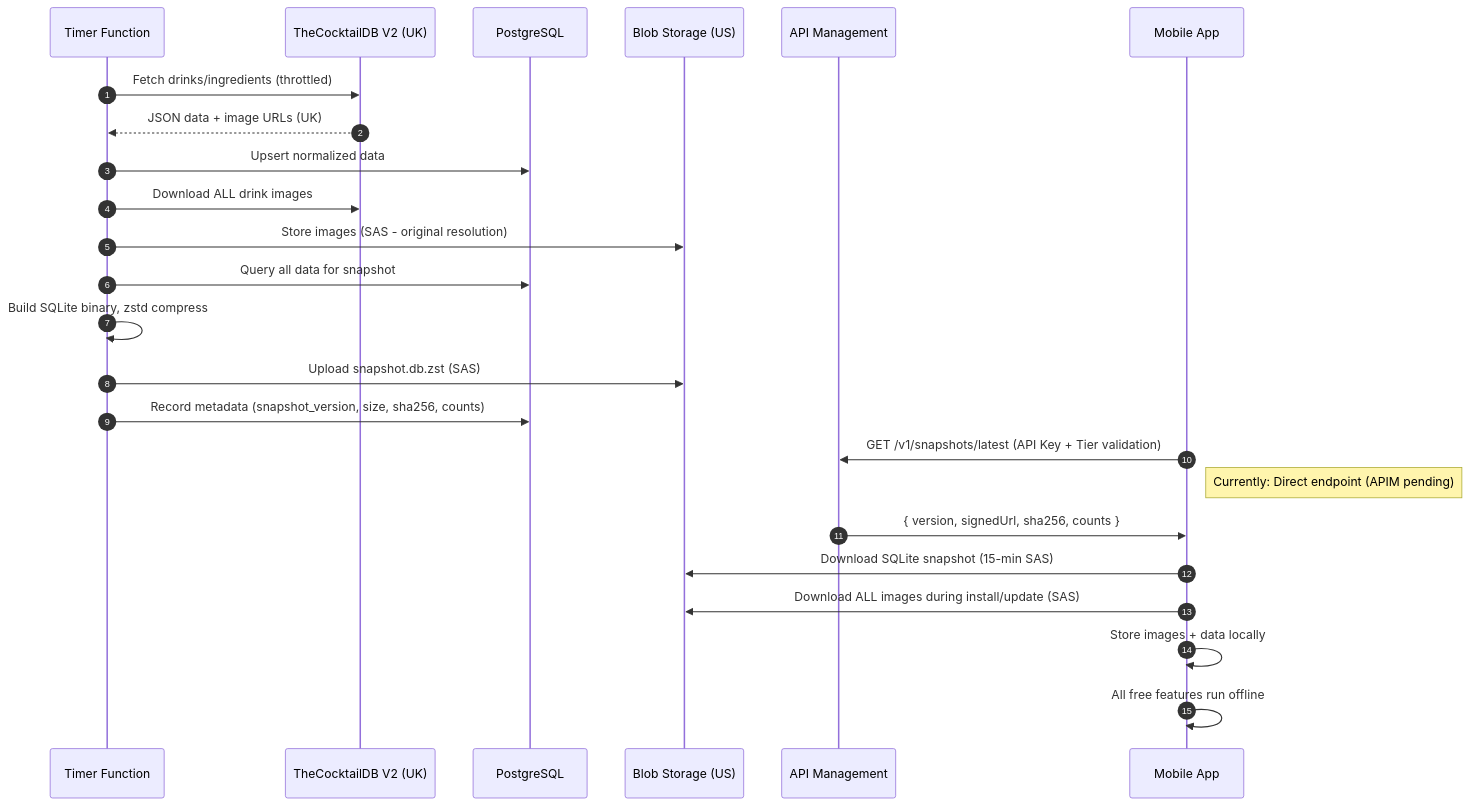
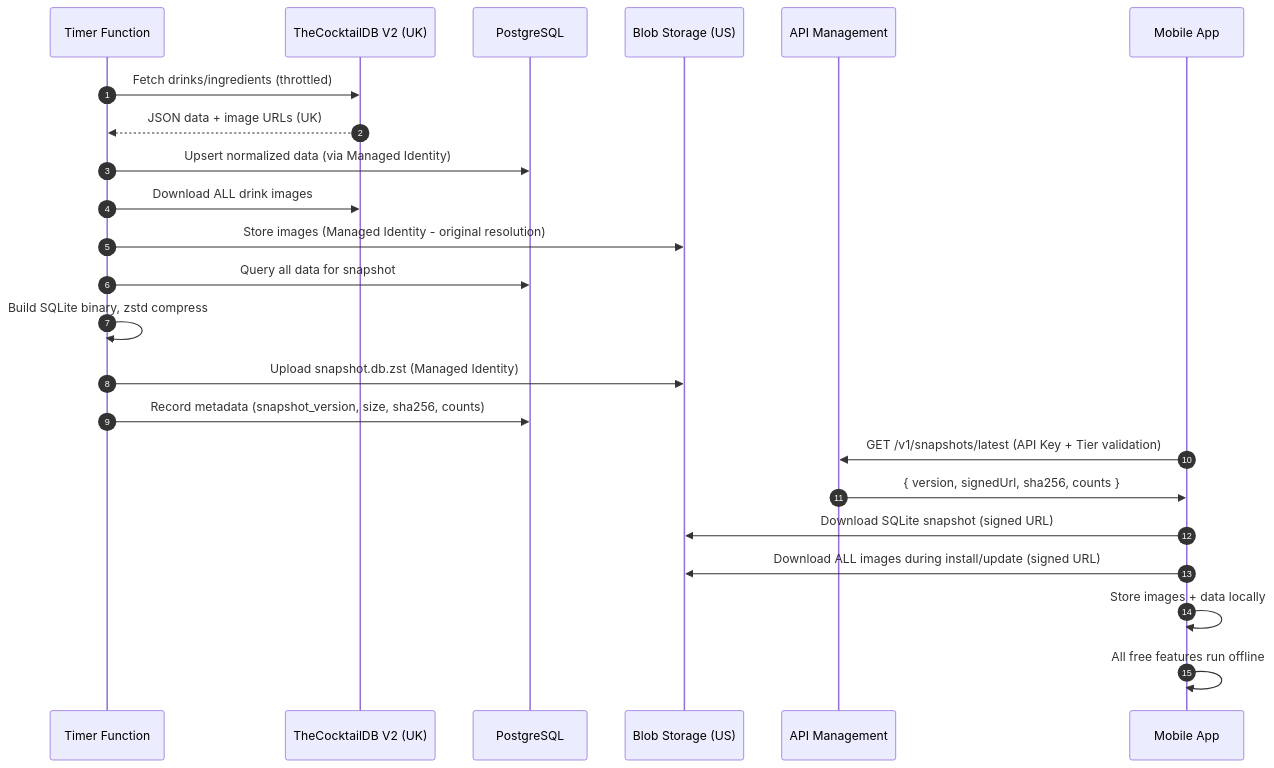
One commit to gwhitley1969/mybartenderAI-MVP changed the second of 2 diagrams in docs/ARCHITECTURE.md. Above: the diagram before and after it, drawn with Mermaid. The commit also changed other lines of this file and 102 other files, not shown here.

````diff
--- a/docs/ARCHITECTURE.md
+++ b/docs/ARCHITECTURE.md
@@ -137,27 +370,26 @@
 ```mermaid
 sequenceDiagram
   autonumber
   participant T as Timer Function
   participant CDB as TheCocktailDB V2 (UK)
   participant PG as PostgreSQL
   participant BL as Blob Storage (US)
   participant APIM as API Management
   participant M as Mobile App
 
   T->>CDB: Fetch drinks/ingredients (throttled)
   CDB-->>T: JSON data + image URLs (UK)
-  T->>PG: Upsert normalized data
+  T->>PG: Upsert normalized data (via Managed Identity)
   T->>CDB: Download ALL drink images
-  T->>BL: Store images (SAS - original resolution)
+  T->>BL: Store images (Managed Identity - original resolution)
   T->>PG: Query all data for snapshot
   T->>T: Build SQLite binary, zstd compress
-  T->>BL: Upload snapshot.db.zst (SAS)
+  T->>BL: Upload snapshot.db.zst (Managed Identity)
   T->>PG: Record metadata (snapshot_version, size, sha256, counts)
   M->>APIM: GET /v1/snapshots/latest (API Key + Tier validation)
-  Note right of M: Currently: Direct endpoint (APIM pending)
   APIM->>M: { version, signedUrl, sha256, counts }
-  M->>BL: Download SQLite snapshot (15-min SAS)
-  M->>BL: Download ALL images during install/update (SAS)
+  M->>BL: Download SQLite snapshot (signed URL)
+  M->>BL: Download ALL images during install/update (signed URL)
   M->>M: Store images + data locally
   M->>M: All free features run offline
 ```
````
